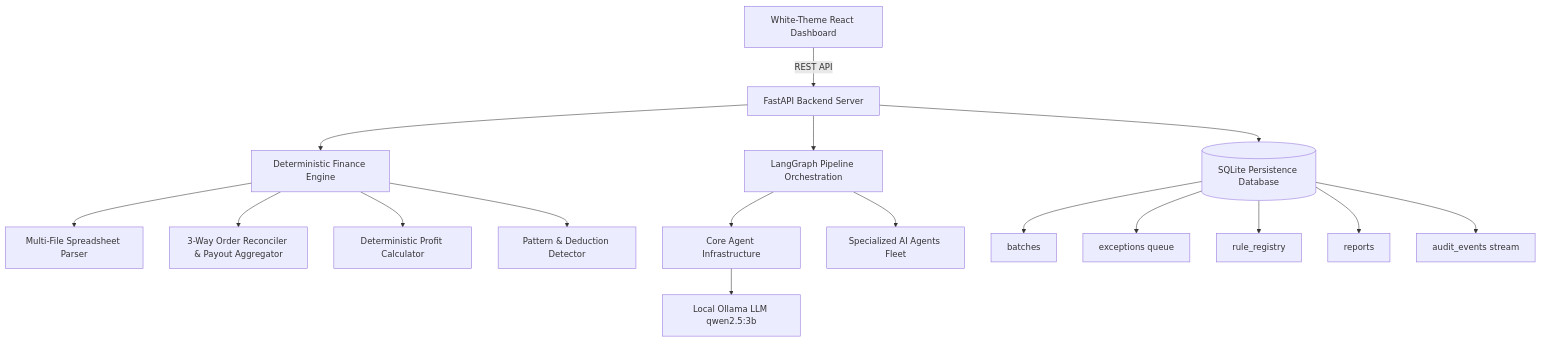
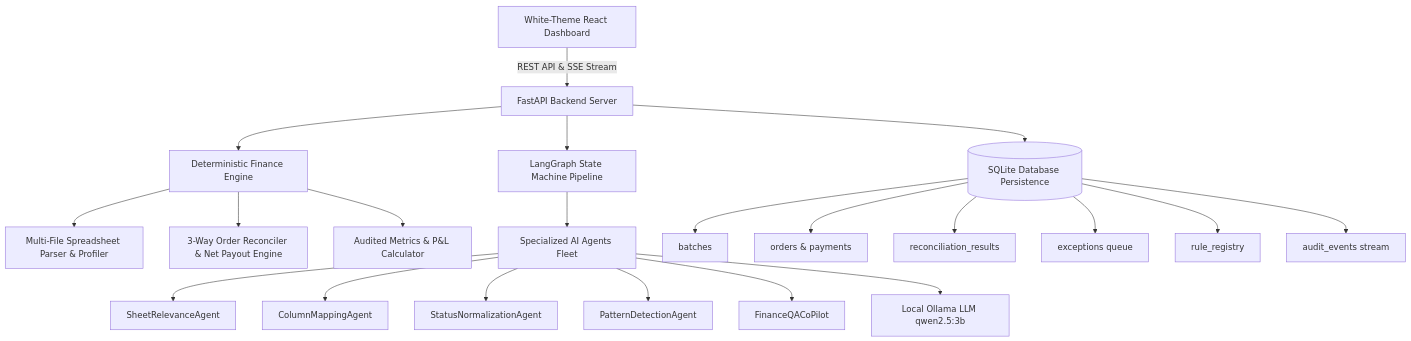
The first of 2 diagrams in README.md (hateem72/reconup-v1), drawn with Mermaid before and after one commit. The commit also changed other lines of this file and 15 other files, not shown here.

````diff
--- a/README.md
+++ b/README.md
@@ -22,23 +61,27 @@
 ```mermaid
 graph TD
-    UI[White-Theme React Dashboard] -->|REST API| FastAPI[FastAPI Backend Server]
+    UI[White-Theme React Dashboard] -->|REST API & SSE Stream| FastAPI[FastAPI Backend Server]
     FastAPI --> Engine[Deterministic Finance Engine]
-    FastAPI --> LangGraph[LangGraph Pipeline Orchestration]
+    FastAPI --> LangGraph[LangGraph State Machine Pipeline]
     
-    Engine --> Parser[Multi-File Spreadsheet Parser]
-    Engine --> Reconciler[3-Way Order Reconciler & Payout Aggregator]
-    Engine --> ProfitCalc[Deterministic Profit Calculator]
-    Engine --> Detector[Pattern & Deduction Detector]
+    Engine --> Parser[Multi-File Spreadsheet Parser & Profiler]
+    Engine --> Reconciler[3-Way Order Reconciler & Net Payout Engine]
+    Engine --> Metrics[Audited Metrics & P&L Calculator]
     
-    LangGraph --> Core[Core Agent Infrastructure]
-    LangGraph --> Agents[Specialized AI Agents Fleet]
+    LangGraph --> SpecializedAgents[Specialized AI Agents Fleet]
+    SpecializedAgents --> SheetAgent[SheetRelevanceAgent]
+    SpecializedAgents --> MappingAgent[ColumnMappingAgent]
+    SpecializedAgents --> NormalizerAgent[StatusNormalizationAgent]
+    SpecializedAgents --> PatternAgent[PatternDetectionAgent]
+    SpecializedAgents --> QAAgent[FinanceQACoPilot]
     
-    Core --> Ollama[Local Ollama LLM qwen2.5:3b]
+    SpecializedAgents --> Ollama[Local Ollama LLM qwen2.5:3b]
     
-    FastAPI --> DB[(SQLite Persistence Database)]
+    FastAPI --> DB[(SQLite Database Persistence)]
     DB --> Batches[batches]
+    DB --> Orders[orders & payments]
+    DB --> RecResults[reconciliation_results]
     DB --> Exceptions[exceptions queue]
-    DB --> Rules[rule_registry]
-    DB --> Reports[reports]
-    DB --> Audit[audit_events stream]
+    DB --> RuleRegistry[rule_registry]
+    DB --> AuditStream[audit_events stream]
 ```
````
